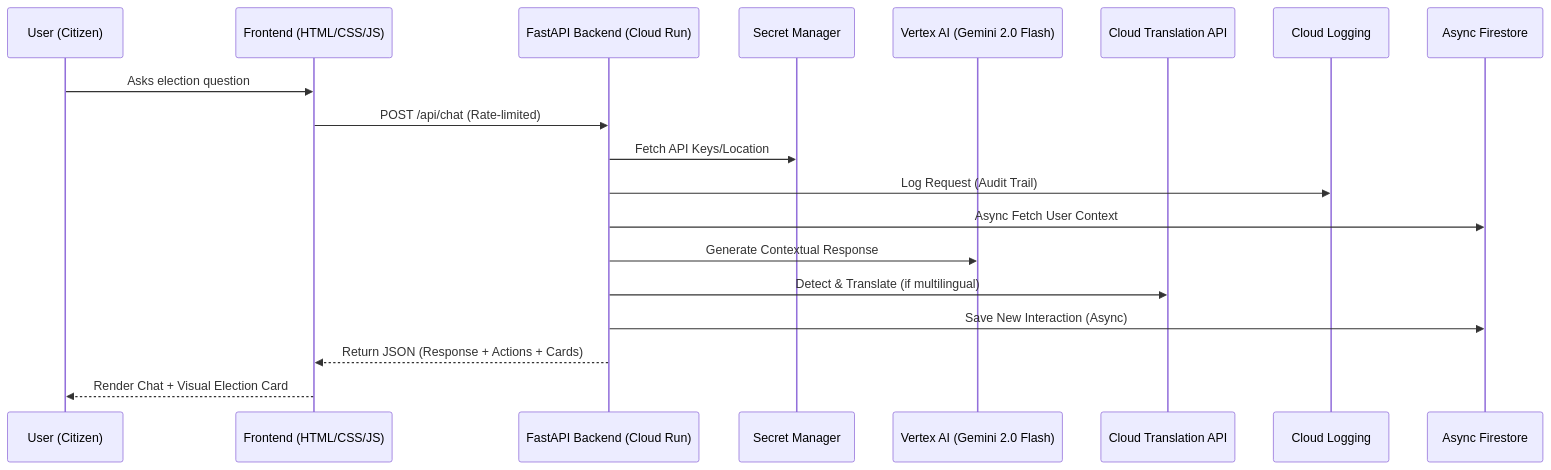
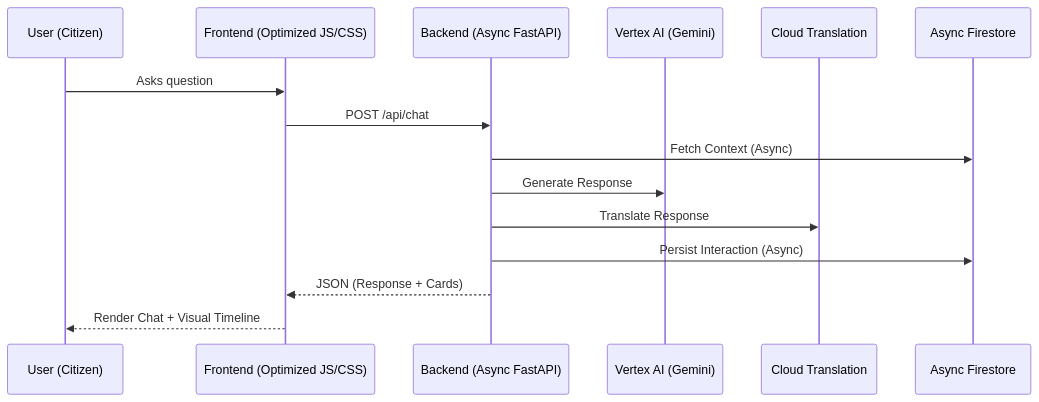
One commit to Mohitsinghal04/election-navigator-ai changed the diagram in README.md. Above: the diagram before and after it, drawn with Mermaid. The commit also changed other lines of this file and 3 other files, not shown here.

````diff
--- a/README.md
+++ b/README.md
@@ -12,22 +36,18 @@
 ```mermaid
 sequenceDiagram
     participant U as User (Citizen)
-    participant F as Frontend (HTML/CSS/JS)
-    participant B as FastAPI Backend (Cloud Run)
-    participant S as Secret Manager
-    participant V as Vertex AI (Gemini 2.0 Flash)
-    participant T as Cloud Translation API
-    participant L as Cloud Logging
+    participant F as Frontend (Optimized JS/CSS)
+    participant B as Backend (Async FastAPI)
+    participant V as Vertex AI (Gemini)
+    participant T as Cloud Translation
     participant D as Async Firestore
 
-    U->>F: Asks election question
-    F->>B: POST /api/chat (Rate-limited)
-    B->>S: Fetch API Keys/Location
-    B->>L: Log Request (Audit Trail)
-    B->>D: Async Fetch User Context
-    B->>V: Generate Contextual Response
-    B->>T: Detect & Translate (if multilingual)
-    B->>D: Save New Interaction (Async)
-    B-->>F: Return JSON (Response + Actions + Cards)
-    F-->>U: Render Chat + Visual Election Card
+    U->>F: Asks question
+    F->>B: POST /api/chat
+    B->>D: Fetch Context (Async)
+    B->>V: Generate Response
+    B->>T: Translate Response
+    B->>D: Persist Interaction (Async)
+    B-->>F: JSON (Response + Cards)
+    F-->>U: Render Chat + Visual Timeline
 ```
````
